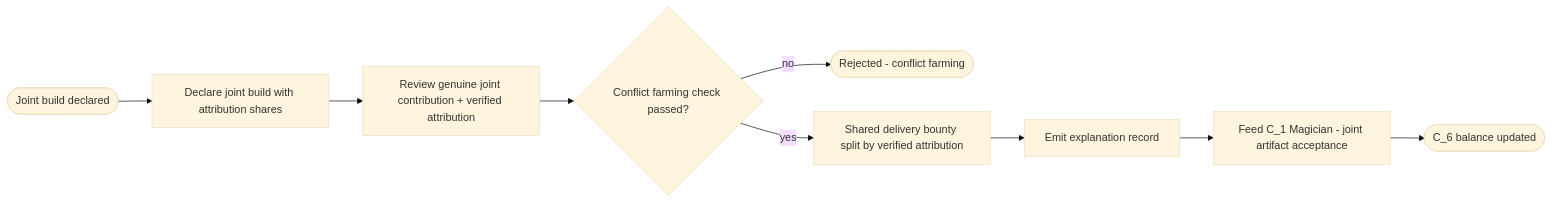
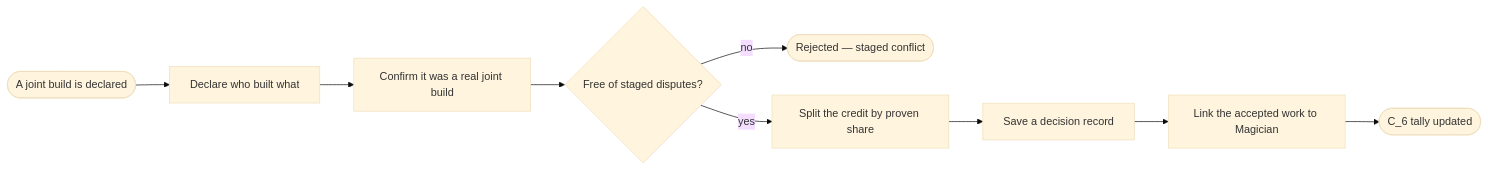
The ninth of 24 diagrams in docs/contribution-economy/README.md (vijayee/resonantdao-example), drawn with Mermaid (base theme) before and after one commit. The commit also changed other lines of this file, not shown here.

Commit message:
docs(contribution-economy): plain-English README, mirrors, and invariant pairs

````diff
--- a/docs/contribution-economy/README.md
+++ b/docs/contribution-economy/README.md
@@ -184,6 +181,6 @@
 ```mermaid
 flowchart LR
-  S([Joint build declared]) --> D[Declare joint build with attribution shares] --> RV[Review genuine joint contribution + verified attribution] --> G{Conflict farming check passed?}
-  G -->|no| E1([Rejected - conflict farming])
-  G -->|yes| B[Shared delivery bounty split by verified attribution] --> RC[Emit explanation record] --> F1[Feed C_1 Magician - joint artifact acceptance] --> E2([C_6 balance updated])
+  S([A joint build is declared]) --> D[Declare who built what] --> RV[Confirm it was a real joint build] --> G{Free of staged disputes?}
+  G -->|no| E1([Rejected — staged conflict])
+  G -->|yes| B[Split the credit by proven share] --> RC[Save a decision record] --> F1[Link the accepted work to Magician] --> E2([C_6 tally updated])
 ```
````
